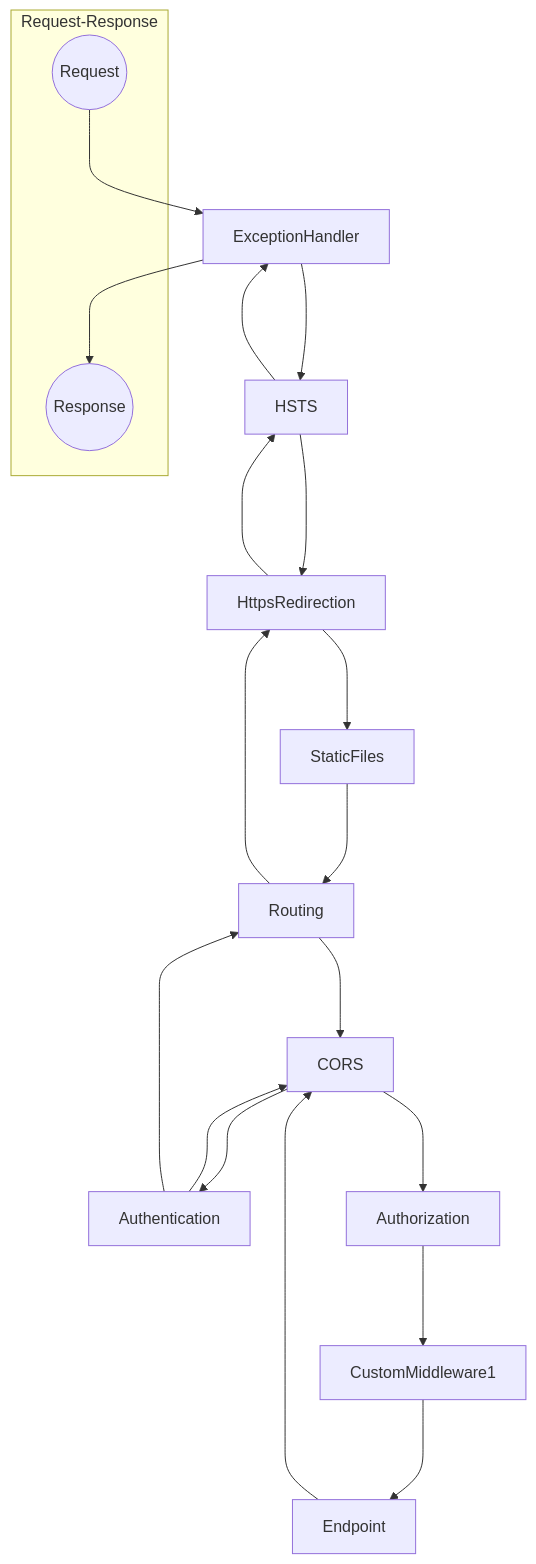
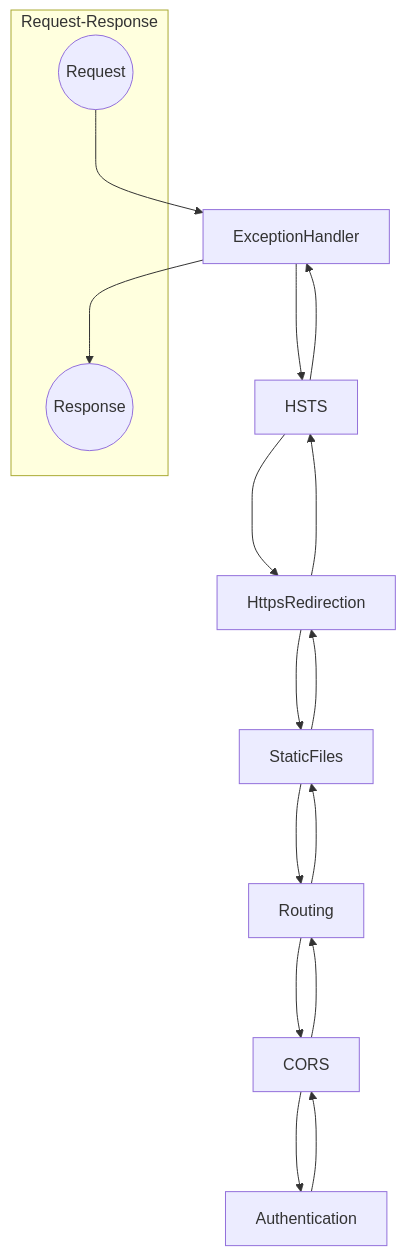
The diagram in MiddlewareMermaid/b.md (Rick-Anderson/MiddlewareMermaid), drawn with Mermaid before and after one commit.

````diff
--- a/MiddlewareMermaid/b.md
+++ b/MiddlewareMermaid/b.md
@@ -1,25 +1,23 @@
 ```mermaid
 graph TD;
     subgraph Request-Response
         Request((Request))
         Response((Response))
     end
     Request--->ExceptionHandler
     ExceptionHandler--->HSTS
     HSTS--->HttpsRedirection
     HttpsRedirection--->StaticFiles
     StaticFiles--->Routing
     Routing--->CORS
     CORS--->Authentication
     Authentication--->CORS
-    CORS--->Authorization
-    Authorization--->CustomMiddleware1
-    CustomMiddleware1--->Endpoint
-    Endpoint--->CORS
-    Authentication--->Routing
-    Routing--->HttpsRedirection
+    CORS--->Routing
+    Routing--->StaticFiles
+    StaticFiles--->HttpsRedirection
     HttpsRedirection--->HSTS
     HSTS--->ExceptionHandler
     ExceptionHandler--->Response
 
+
 ```
````
